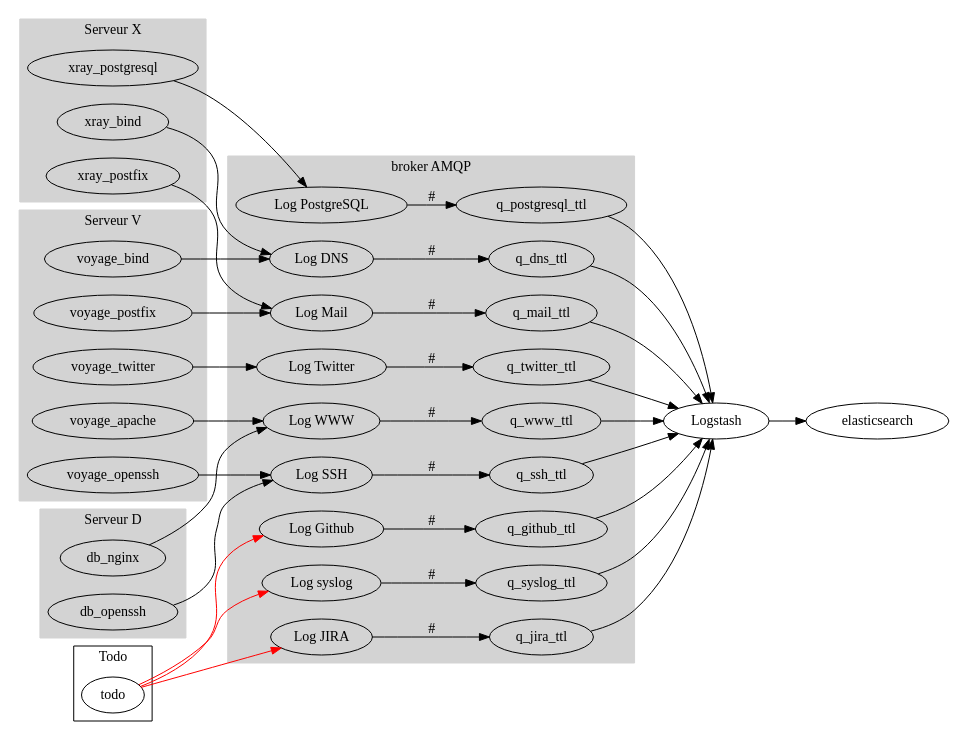
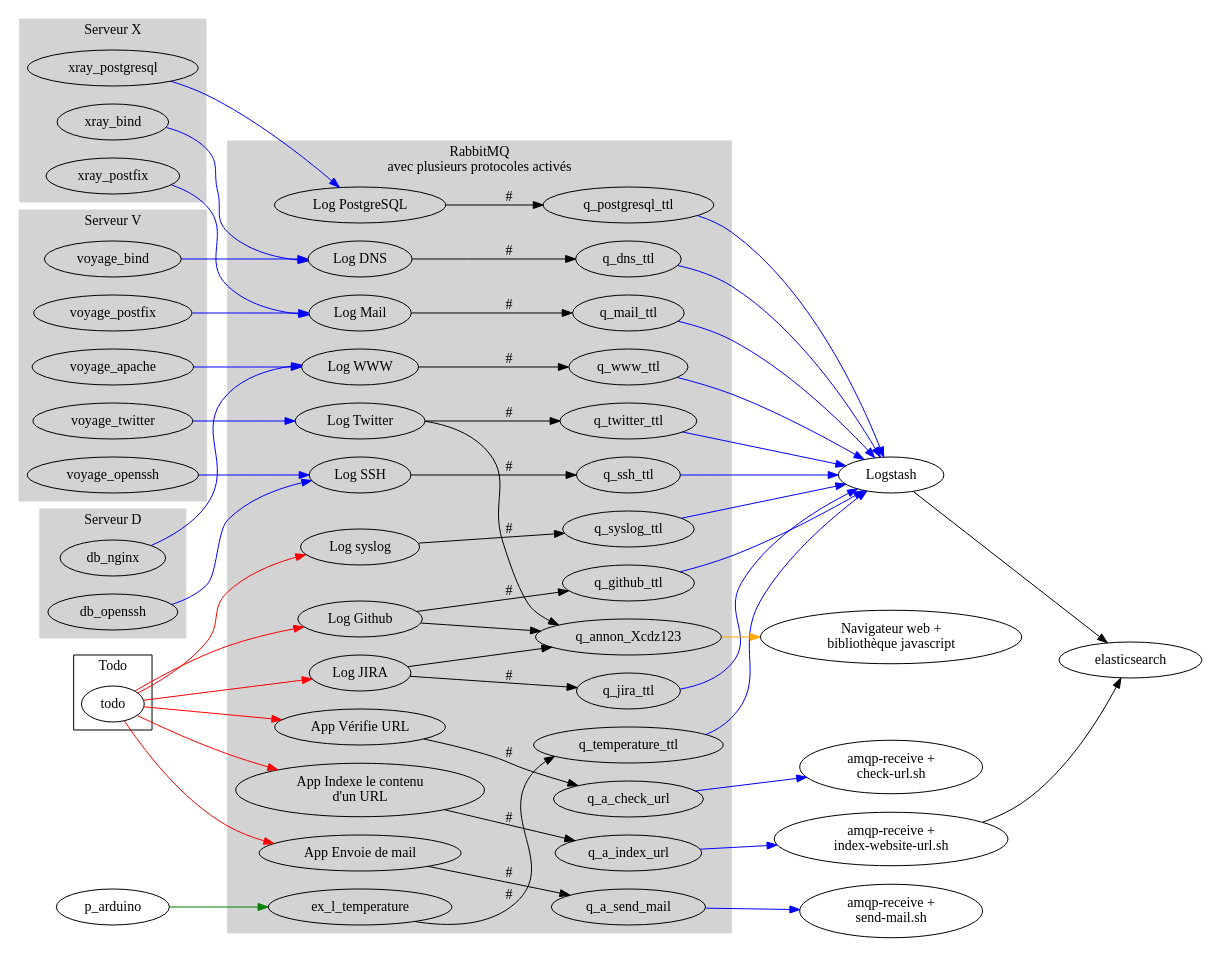
The diagram in assets/files/2016/01/mqs-impl.dot (r6d/r6d.github.io), drawn with Graphviz before and after one commit.

Commit message:
ajout de plusieurs applications en sorties + entrée

```diff
--- a/assets/files/2016/01/mqs-impl.dot
+++ b/assets/files/2016/01/mqs-impl.dot
@@ -1,75 +1,105 @@
 digraph {
     rankdir=LR;
 
     // Point d'échange
     ex_l_dns            [label="Log DNS"];
     ex_l_mail           [label="Log Mail"];
     ex_l_www            [label="Log WWW"];
     ex_l_ssh            [label="Log SSH"];
     ex_l_syslog         [label="Log syslog"];
     ex_l_postgresql     [label="Log PostgreSQL"];
     ex_l_twitter        [label="Log Twitter"];
     ex_l_jira           [label="Log JIRA"];
     ex_l_github         [label="Log Github"];
+ 
+    ex_a_check_url      [label="App Vérifie URL"];
+    ex_a_index_url      [label="App Indexe le contenu\n d'un URL"];
+    ex_a_send_mail      [label="App Envoie de mail"];
 
     // Files d'attente
 
     // Consommateur
+    c_browser           [label="Navigateur web +\n bibliothèque javascript"];
+    c_check_url         [label="amqp-receive +\n check-url.sh"];
+    c_index_url         [label="amqp-receive +\n index-website-url.sh"];
     c_logstash          [label="Logstash"];
+    c_send_mail         [label="amqp-receive +\n send-mail.sh"];
 
     subgraph cluster_0 {
         style=filled;
         color=lightgrey;
-        label="broker AMQP";
+        label="RabbitMQ\n avec plusieurs protocoles activés";
 
-        {ex_l_dns}      ->  {q_dns_ttl;}    [label="#"];
-        {ex_l_github}   ->  {q_github_ttl;} [label="#"];
-        {ex_l_jira}     ->  {q_jira_ttl;}   [label="#"];
-        {ex_l_mail}     ->  {q_mail_ttl;}   [label="#"];
-        {ex_l_postgresql}-> {q_postgresql_ttl;}[label="#"];
-        {ex_l_ssh}      ->  {q_ssh_ttl;}    [label="#"];
-        {ex_l_syslog}   ->  {q_syslog_ttl;} [label="#"];
-        {ex_l_twitter}  ->  {q_twitter_ttl;}[label="#"];
-        {ex_l_www}      ->  {q_www_ttl;}    [label="#"];
+        {ex_l_dns}      ->  {q_dns_ttl;}        [label="#"];
+        {ex_l_github}   ->  {q_github_ttl;}     [label="#"];
+        {ex_l_jira}     ->  {q_jira_ttl;}       [label="#"];
+        {ex_l_mail}     ->  {q_mail_ttl;}       [label="#"];
+        {ex_l_postgresql}-> {q_postgresql_ttl;} [label="#"];
+        {ex_l_ssh}      ->  {q_ssh_ttl;}        [label="#"];
+        {ex_l_syslog}   ->  {q_syslog_ttl;}     [label="#"];
+        {ex_l_temperature}->{q_temperature_ttl;}[label="#"];
+        {ex_l_twitter}  ->  {q_twitter_ttl;}    [label="#"];
+        {ex_l_www}      ->  {q_www_ttl;}        [label="#"];
+
+        {ex_a_check_url}->  {q_a_check_url;}    [label="#"];
+        {ex_a_index_url}->  {q_a_index_url;}    [label="#"];
+        {ex_a_send_mail}->  {q_a_send_mail;}    [label="#"];
+
+        {ex_l_twitter;ex_l_jira; ex_l_github;} -> q_annon_Xcdz123 ;
     }
 
     subgraph cluster_1 {
         style=filled;
         color=lightgrey;
         label="Serveur X";
 
-        xray_bind       -> ex_l_dns;
-        xray_postfix    -> ex_l_mail;
-        xray_postgresql -> ex_l_postgresql;
+        xray_bind       -> ex_l_dns[color="blue"];
+        xray_postfix    -> ex_l_mail[color="blue"];
+        xray_postgresql -> ex_l_postgresql[color="blue"];
     }
     subgraph cluster_2 {
         style=filled;
         color=lightgrey;
         label="Serveur V";
 
-        voyage_apache   -> ex_l_www;
-        voyage_bind     -> ex_l_dns;
-        voyage_openssh  -> ex_l_ssh;
-        voyage_postfix  -> ex_l_mail;
-        voyage_twitter  -> ex_l_twitter;
+        voyage_apache   -> ex_l_www[color="blue"];
+        voyage_bind     -> ex_l_dns[color="blue"];
+        voyage_openssh  -> ex_l_ssh[color="blue"];
+        voyage_postfix  -> ex_l_mail[color="blue"];
+        voyage_twitter  -> ex_l_twitter[color="blue"];
     }
     subgraph cluster_3 {
         style=filled;
         color=lightgrey;
         label="Serveur D";
 
-        db_nginx        -> ex_l_www;
-        db_openssh      -> ex_l_ssh;
+        db_nginx        -> ex_l_www[color="blue"];
+        db_openssh      -> ex_l_ssh[color="blue"];
     }
     subgraph cluster_4 {
         label="Todo";
         
         todo -> ex_l_jira   [color="red"];
         todo -> ex_l_github [color="red"];
         todo -> ex_l_syslog [color="red"];
+        
+        todo -> ex_a_check_url [color="red"];
+        todo -> ex_a_index_url [color="red"];
+        todo -> ex_a_send_mail [color="red"];
     }
     // Liens entrées
+    p_arduino -> ex_l_temperature[color="green"];
 
     // Liens sorties
-    {q_dns_ttl;q_mail_ttl;q_www_ttl;q_ssh_ttl;q_syslog_ttl;q_postgresql_ttl;q_twitter_ttl;q_jira_ttl; q_github_ttl;} -> c_logstash->elasticsearch;
+    {q_dns_ttl;q_mail_ttl;q_www_ttl;q_ssh_ttl;q_syslog_ttl;q_postgresql_ttl;q_temperature_ttl;q_twitter_ttl;q_jira_ttl; q_github_ttl;} -> c_logstash[color="blue"];
+
+    q_annon_Xcdz123 -> c_browser[color="orange"];
+
+    {q_a_check_url;} -> c_check_url[color="blue"];
+    {q_a_index_url;} -> c_index_url[color="blue"];
+    {q_a_send_mail;} -> c_send_mail[color="blue"];
+ 
+    // Elasticsearch
+    c_logstash -> elasticsearch;
+    c_index_url -> elasticsearch;
 }
```
